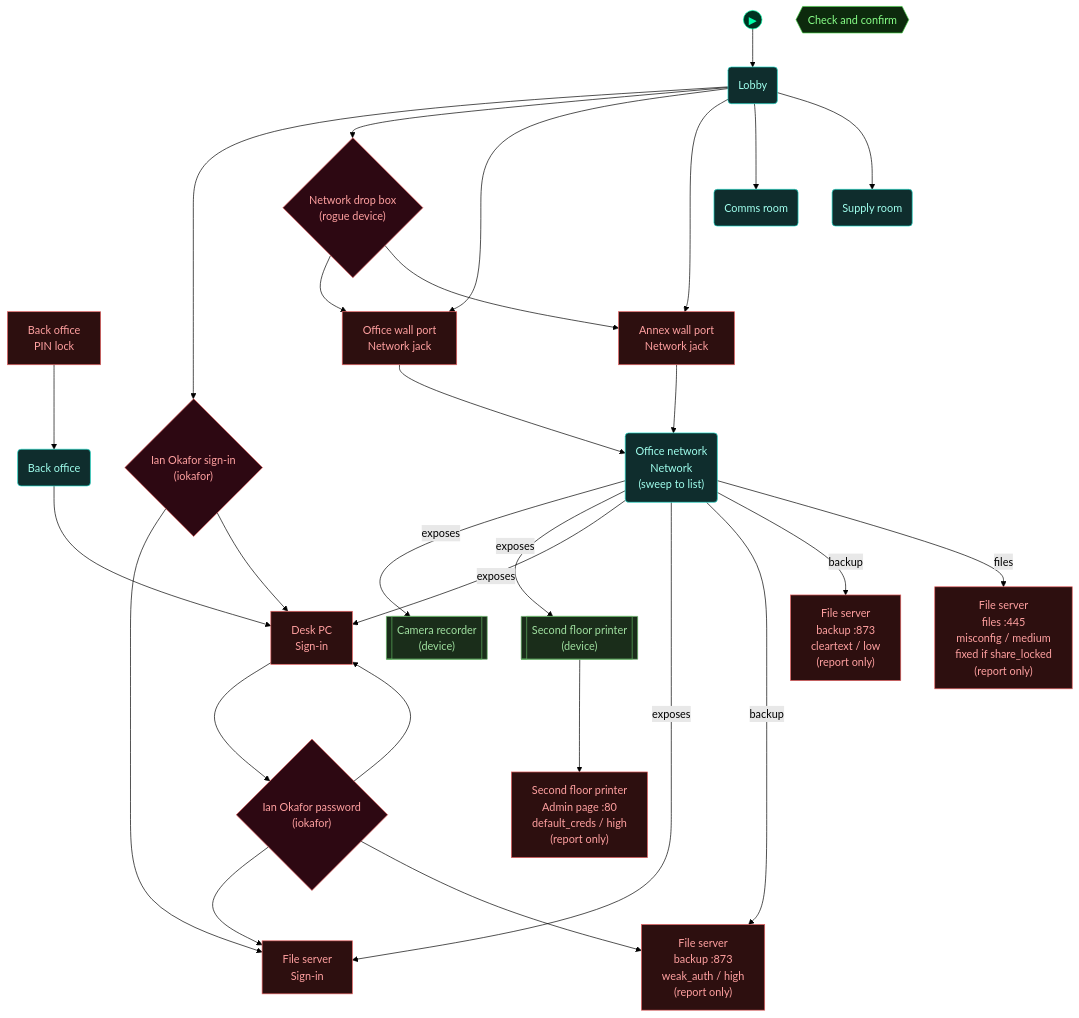
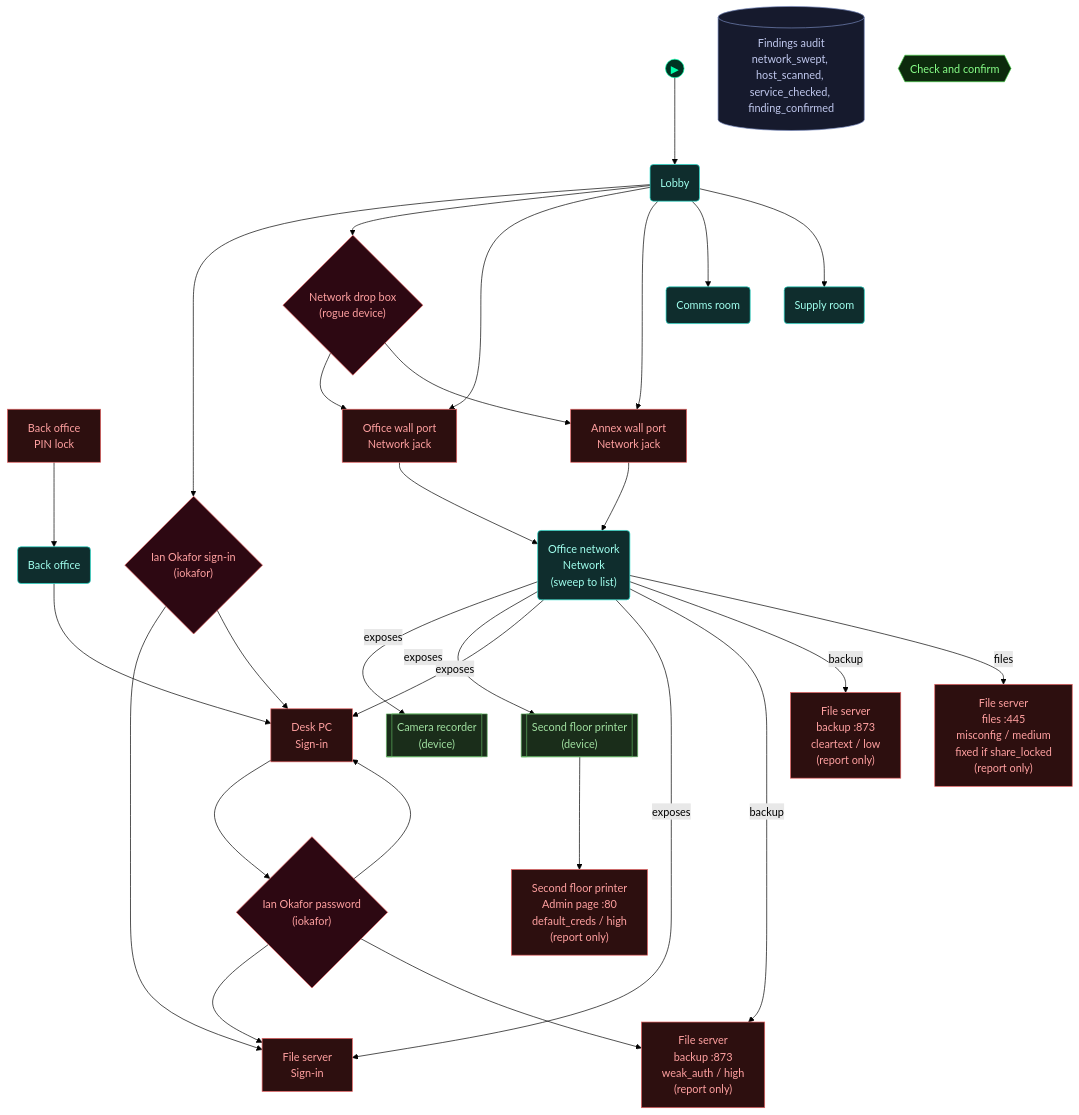
Before and after one commit to cliffe/BreakEscape: the third of 5 diagrams in scenarios/test_ops_findings/dungeon_graph.md, drawn with Mermaid (forest theme). The commit also changed other lines of this file and 8 other files, not shown here.

Commit message:
Ops scenarios: regenerated graph files after the merge (their log sources now draw the log stream's note node)

````diff
--- a/scenarios/test_ops_findings/dungeon_graph.md
+++ b/scenarios/test_ops_findings/dungeon_graph.md
@@ -161,76 +164,79 @@
 ```mermaid
 flowchart TD
 
   classDef room      fill:#0f2d2d,stroke:#22ddcc,color:#a0ffee
   classDef lock      fill:#2d0f0f,stroke:#e66060,color:#ffa0a0
   classDef key       fill:#2d0812,stroke:#e66060,color:#ffa0a0
   classDef item      fill:#2d1200,stroke:#e89030,color:#ffcc80
   classDef gate      fill:#111,stroke:#666,color:#eee
   classDef vm        fill:#0c1f40,stroke:#4a90d9,color:#a0c8ff
   classDef flag      fill:#1a0c2d,stroke:#9060d0,color:#cc99ff
   classDef action    fill:#1a1200,stroke:#cc9922,color:#ffee88
   classDef aim       fill:#0d2a0d,stroke:#44cc44,color:#88ff88
   classDef aim_gate  fill:#111111,stroke:#44cc44,color:#44cc44
   classDef container fill:#1a2d1a,stroke:#60b060,color:#a0e0a0
   classDef npc       fill:#2d1f0d,stroke:#d0a050,color:#ffe0a0
+  classDef note      fill:#161a2d,stroke:#7788bb,color:#c0c8ee
   classDef critical  fill:#2a1500,stroke:#ffaa00,color:#ffdd88
   classDef start     fill:#003322,stroke:#00ffaa,color:#00ffaa
 
   node_start(("▶"))
   node_start --> lobby
 
   door_back_office["Back office<br/>PIN lock"]
   back_office("Back office")
   lock_files01["File server<br/>Sign-in"]
   lock_desk01["Desk PC<br/>Sign-in"]
   signin_ian{"Ian Okafor sign-in<br/>(iokafor)"}
   lobby("Lobby")
   device_kit_dropbox{"Network drop box<br/>(rogue device)"}
   jack_office_port["Office wall port<br/>Network jack"]
   net_office_lan("Office network<br/>Network<br/>(sweep to list)")
   jack_annex_port["Annex wall port<br/>Network jack"]
   host_camrec01[["Camera recorder<br/>(device)"]]
   host_printer01[["Second floor printer<br/>(device)"]]
   weak_files01_backup_archive_login["File server<br/>backup :873<br/>weak_auth / high<br/>(report only)"]
   weak_files01_backup_backup_list["File server<br/>backup :873<br/>cleartext / low<br/>(report only)"]
   weak_files01_files_open_share["File server<br/>files :445<br/>misconfig / medium<br/>fixed if share_locked<br/>(report only)"]
   weak_printer01_admin_page_factory_login["Second floor printer<br/>Admin page :80<br/>default_creds / high<br/>(report only)"]
   comms_room("Comms room")
   supply_room("Supply room")
+  log_findings_audit[("Findings audit<br/>network_swept, host_scanned, service_checked, finding_confirmed")]
   cred_archivist_login{"Ian Okafor password<br/>(iokafor)"}
   aim_finding_beats{{"Check and confirm"}}
 
   door_back_office --> back_office
   back_office --> lock_desk01
   lobby --> signin_ian
   signin_ian --> lock_files01
   signin_ian --> lock_desk01
   lobby --> device_kit_dropbox
   lobby --> jack_office_port
   device_kit_dropbox --> jack_office_port
   jack_office_port --> net_office_lan
   lobby --> jack_annex_port
   device_kit_dropbox --> jack_annex_port
   jack_annex_port --> net_office_lan
   net_office_lan -->|exposes| host_camrec01
   net_office_lan -->|exposes| host_printer01
   net_office_lan -->|exposes| lock_desk01
   net_office_lan -->|exposes| lock_files01
   net_office_lan -->|backup| weak_files01_backup_archive_login
   net_office_lan -->|backup| weak_files01_backup_backup_list
   net_office_lan -->|files| weak_files01_files_open_share
   host_printer01 --> weak_printer01_admin_page_factory_login
   lobby --> comms_room
   lobby --> supply_room
   lock_desk01 --> cred_archivist_login
   cred_archivist_login --> lock_files01
   cred_archivist_login --> lock_desk01
   cred_archivist_login --> weak_files01_backup_archive_login
 
   class door_back_office,lock_files01,lock_desk01,jack_office_port,jack_annex_port,weak_files01_backup_archive_login,weak_files01_backup_backup_list,weak_files01_files_open_share,weak_printer01_admin_page_factory_login lock
   class back_office,lobby,net_office_lan,comms_room,supply_room room
   class signin_ian,device_kit_dropbox,cred_archivist_login key
   class host_camrec01,host_printer01 container
+  class log_findings_audit note
   class aim_finding_beats aim
   class node_start start
 ```
````
